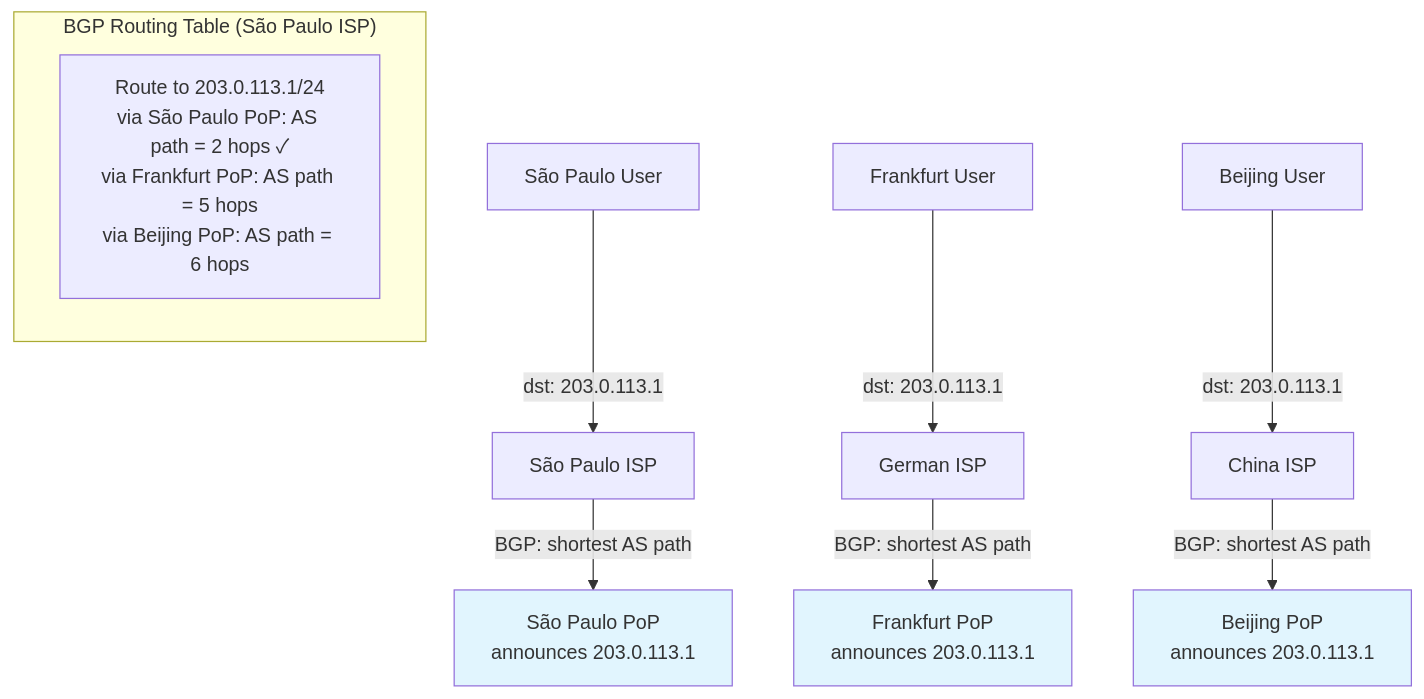
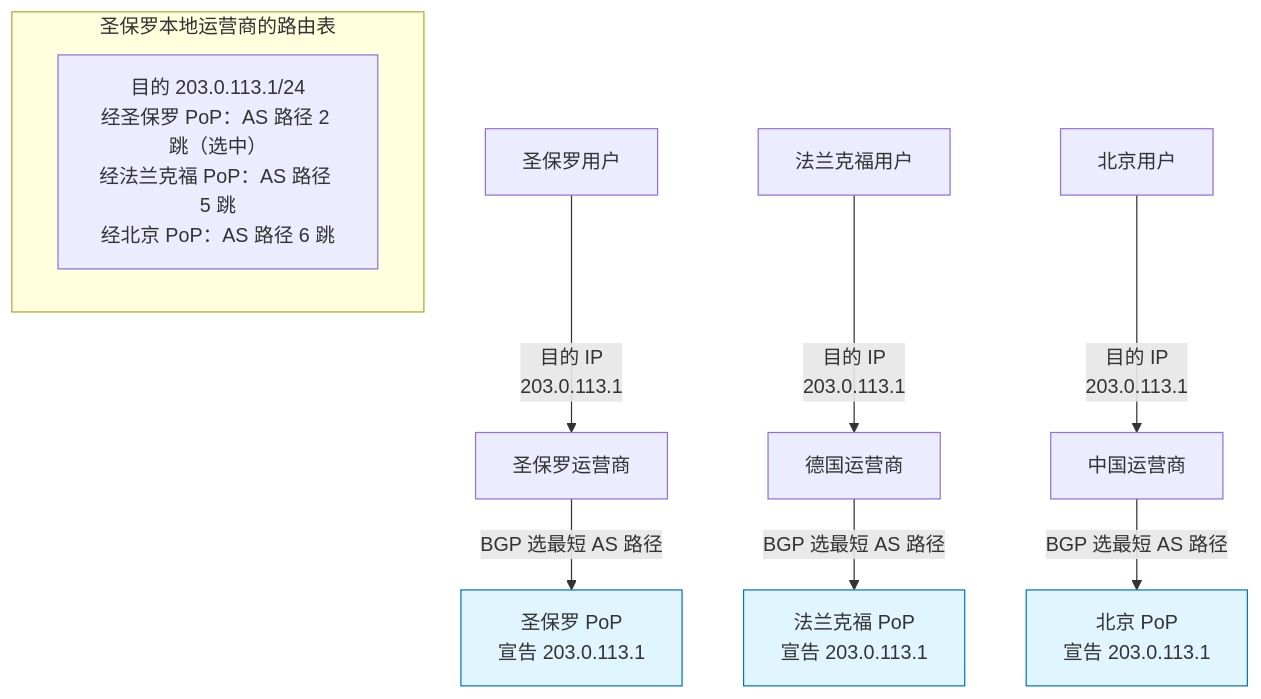
The second of 4 diagrams in docs/24.让流量走更好的路Anycast与云骨干网.md (caozhiyi/network-book), drawn with Mermaid before and after one commit. The commit also changed other lines of this file and 36 other files, not shown here.

````diff
--- a/docs/24.让流量走更好的路Anycast与云骨干网.md
+++ b/docs/24.让流量走更好的路Anycast与云骨干网.md
@@ -84,19 +57,19 @@
 ```mermaid
 graph TB
-    subgraph "BGP Routing Table (São Paulo ISP)"
-        R1["Route to 203.0.113.1/24<br/>via São Paulo PoP: AS path = 2 hops ✓<br/>via Frankfurt PoP: AS path = 5 hops<br/>via Beijing PoP: AS path = 6 hops"]
+    subgraph SG1["圣保罗本地运营商的路由表"]
+        R1["目的 203.0.113.1/24<br/>经圣保罗 PoP：AS 路径 2 跳（选中）<br/>经法兰克福 PoP：AS 路径 5 跳<br/>经北京 PoP：AS 路径 6 跳"]
     end
 
-    User_BR["São Paulo User"] -->|"dst: 203.0.113.1"| ISP_BR["São Paulo ISP"]
-    ISP_BR -->|"BGP: shortest AS path"| PoP_BR["São Paulo PoP<br/>announces 203.0.113.1"]
+    U1["圣保罗用户"] -->|"目的 IP<br/>203.0.113.1"| ISP1["圣保罗运营商"]
+    ISP1 -->|"BGP 选最短 AS 路径"| PoP1["圣保罗 PoP<br/>宣告 203.0.113.1"]
 
-    User_DE["Frankfurt User"] -->|"dst: 203.0.113.1"| ISP_DE["German ISP"]
-    ISP_DE -->|"BGP: shortest AS path"| PoP_DE["Frankfurt PoP<br/>announces 203.0.113.1"]
+    U2["法兰克福用户"] -->|"目的 IP<br/>203.0.113.1"| ISP2["德国运营商"]
+    ISP2 -->|"BGP 选最短 AS 路径"| PoP2["法兰克福 PoP<br/>宣告 203.0.113.1"]
 
-    User_CN["Beijing User"] -->|"dst: 203.0.113.1"| ISP_CN["China ISP"]
-    ISP_CN -->|"BGP: shortest AS path"| PoP_CN["Beijing PoP<br/>announces 203.0.113.1"]
+    U3["北京用户"] -->|"目的 IP<br/>203.0.113.1"| ISP3["中国运营商"]
+    ISP3 -->|"BGP 选最短 AS 路径"| PoP3["北京 PoP<br/>宣告 203.0.113.1"]
 
-    style PoP_BR fill:#e1f5fe
-    style PoP_DE fill:#e1f5fe
-    style PoP_CN fill:#e1f5fe
+    style PoP1 fill:#e1f5fe,stroke:#0277bd
+    style PoP2 fill:#e1f5fe,stroke:#0277bd
+    style PoP3 fill:#e1f5fe,stroke:#0277bd
 ```
````
